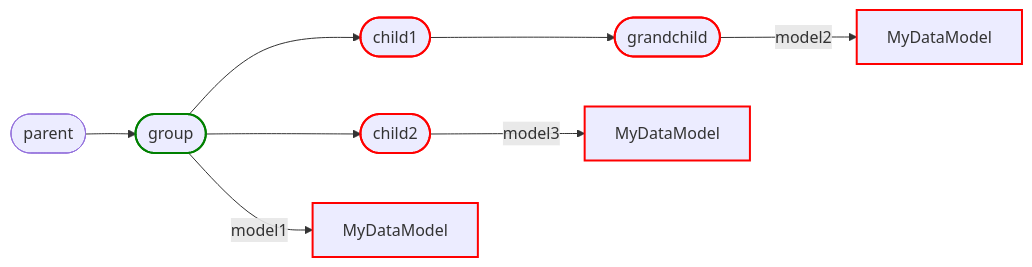
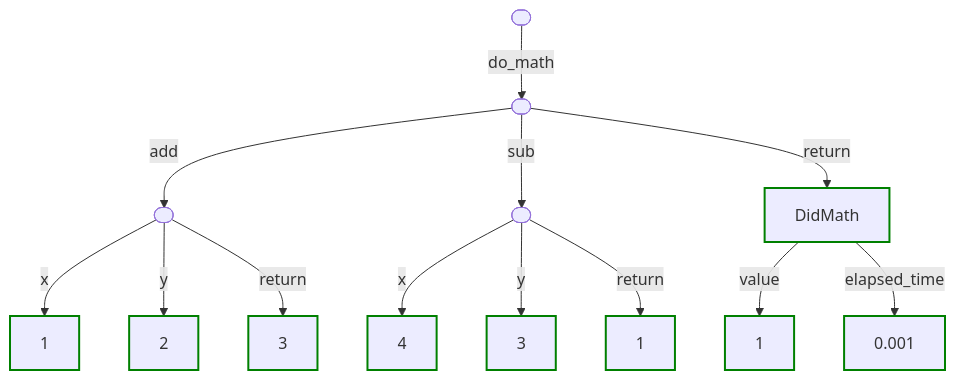
Before and after one commit to rmorshea/artigraph: the fourth of 7 diagrams in docs/filtering.md, drawn with Mermaid. The commit also changed other lines of this file, not shown here.

````diff
--- a/docs/filtering.md
+++ b/docs/filtering.md
@@ -269,27 +221,39 @@
 ```mermaid
-graph LR
-    p([parent])
-    n([group])
-    c1([child1])
-    c2([child2])
-    g([grandchild])
-    m1[MyDataModel]
-    m2[MyDataModel]
-    m3[MyDataModel]
+graph TD
+    r([ ])
+    d([ ])
+    a([ ])
+    s([ ])
+    d_return[DidMath]
+    d_return_value[1]
+    d_return_elapsed_time[0.001]
+    a_x[1]
+    a_y[2]
+    a_return[3]
+    s_x[4]
+    s_y[3]
+    s_return[1]
 
-    style n stroke:green,stroke-width:2px
-    style c1 stroke:red,stroke-width:2px
-    style c2 stroke:red,stroke-width:2px
-    style g stroke:red,stroke-width:2px
-    style m1 stroke:red,stroke-width:2px
-    style m2 stroke:red,stroke-width:2px
-    style m3 stroke:red,stroke-width:2px
+    style d_return stroke:green,stroke-width:2px
+    style d_return_value stroke:green,stroke-width:2px
+    style d_return_elapsed_time stroke:green,stroke-width:2px
+    style a_x stroke:green,stroke-width:2px
+    style a_y stroke:green,stroke-width:2px
+    style a_return stroke:green,stroke-width:2px
+    style s_x stroke:green,stroke-width:2px
+    style s_y stroke:green,stroke-width:2px
+    style s_return stroke:green,stroke-width:2px
 
-    p --> n
-    n --> |model1| m1
-    n --> c1
-    n --> c2
-    c1 --> g
-    g --> |model2| m2
-    c2 --> |model3| m3
+    r --> |do_math| d
+    d --> |add| a
+    d --> |sub| s
+    d --> |return| d_return
+    a --> |x| a_x
+    a --> |y| a_y
+    a --> |return| a_return
+    s --> |x| s_x
+    s --> |y| s_y
+    s --> |return| s_return
+    d_return --> |value| d_return_value
+    d_return --> |elapsed_time| d_return_elapsed_time
 ```
````
